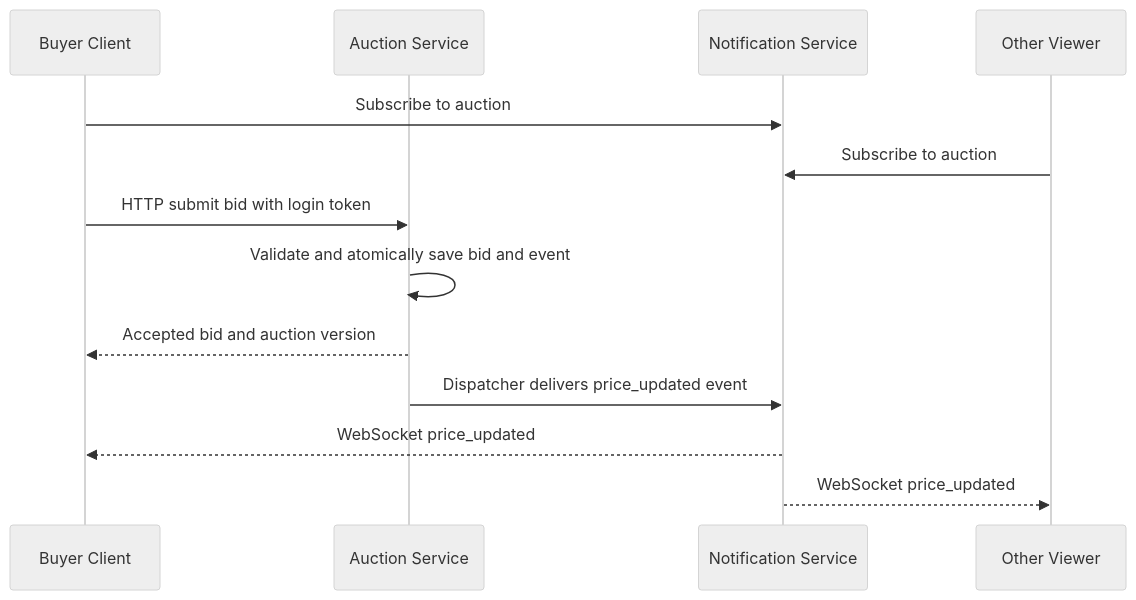
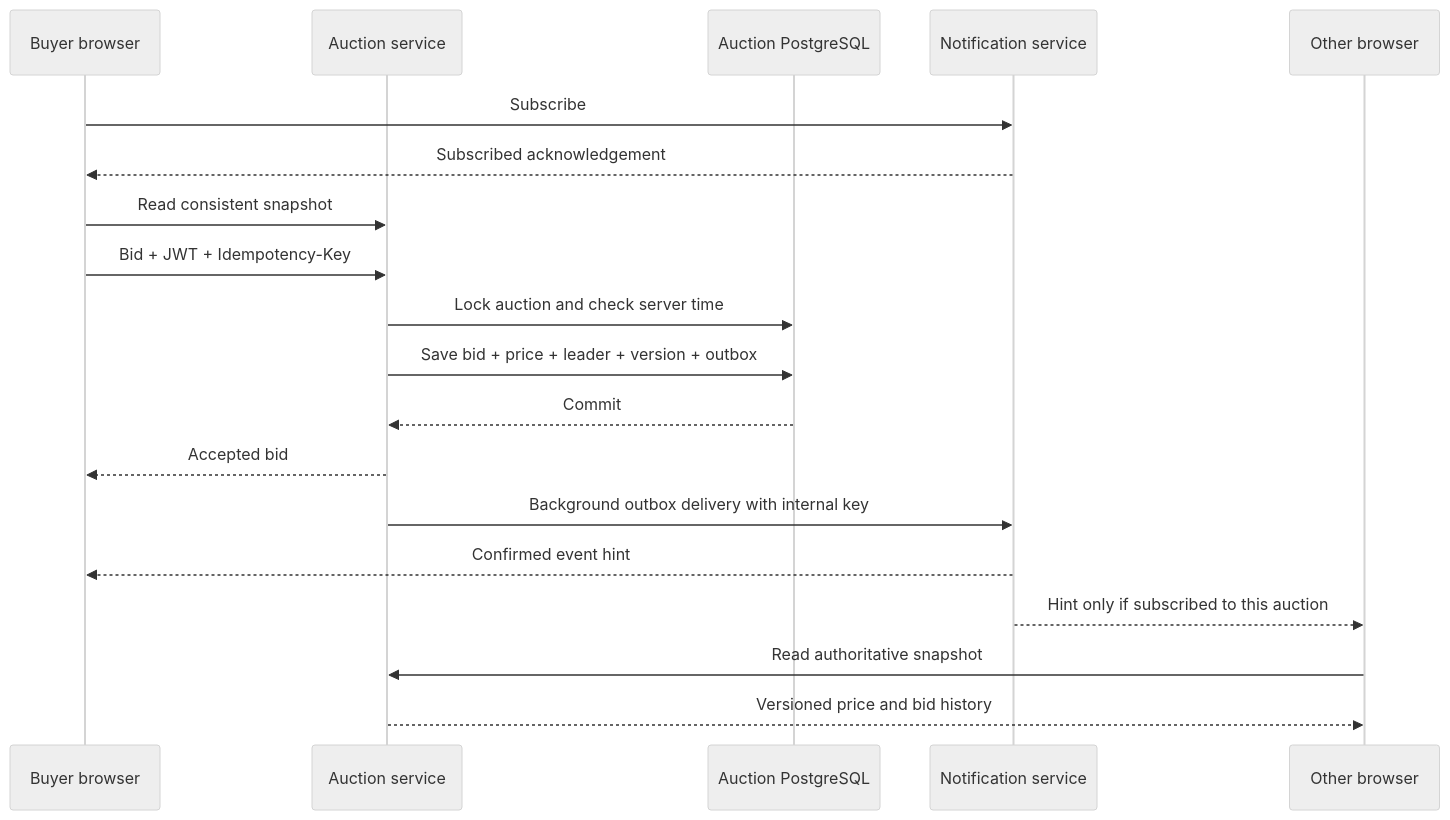
The diagram in docs/communication.md (TFY800/P5project), drawn with Mermaid (neutral theme) before and after one commit. The commit also changed other lines of this file and 75 other files, not shown here.

Commit message:
Initialize four Spring Boot services and web client

````diff
--- a/docs/communication.md
+++ b/docs/communication.md
@@ -21,16 +75,21 @@
 ```mermaid
 sequenceDiagram
-    participant B as Buyer Client
-    participant A as Auction Service
-    participant N as Notification Service
-    participant V as Other Viewer
-
-    B->>N: Subscribe to auction
-    V->>N: Subscribe to auction
-    B->>A: HTTP submit bid with login token
-    A->>A: Validate and atomically save bid and event
-    A-->>B: Accepted bid and auction version
-    A->>N: Dispatcher delivers price_updated event
-    N-->>B: WebSocket price_updated
-    N-->>V: WebSocket price_updated
+    participant B as Buyer browser
+    participant A as Auction service
+    participant D as Auction PostgreSQL
+    participant N as Notification service
+    participant V as Other browser
+    B->>N: Subscribe
+    N-->>B: Subscribed acknowledgement
+    B->>A: Read consistent snapshot
+    B->>A: Bid + JWT + Idempotency-Key
+    A->>D: Lock auction and check server time
+    A->>D: Save bid + price + leader + version + outbox
+    D-->>A: Commit
+    A-->>B: Accepted bid
+    A->>N: Background outbox delivery with internal key
+    N-->>B: Confirmed event hint
+    N-->>V: Hint only if subscribed to this auction
+    V->>A: Read authoritative snapshot
+    A-->>V: Versioned price and bid history
 ```
````
